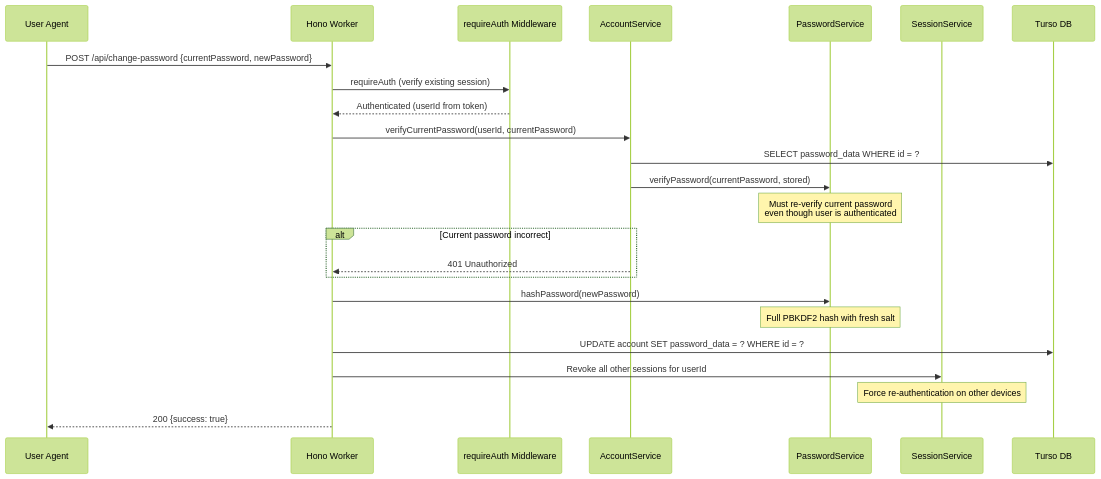
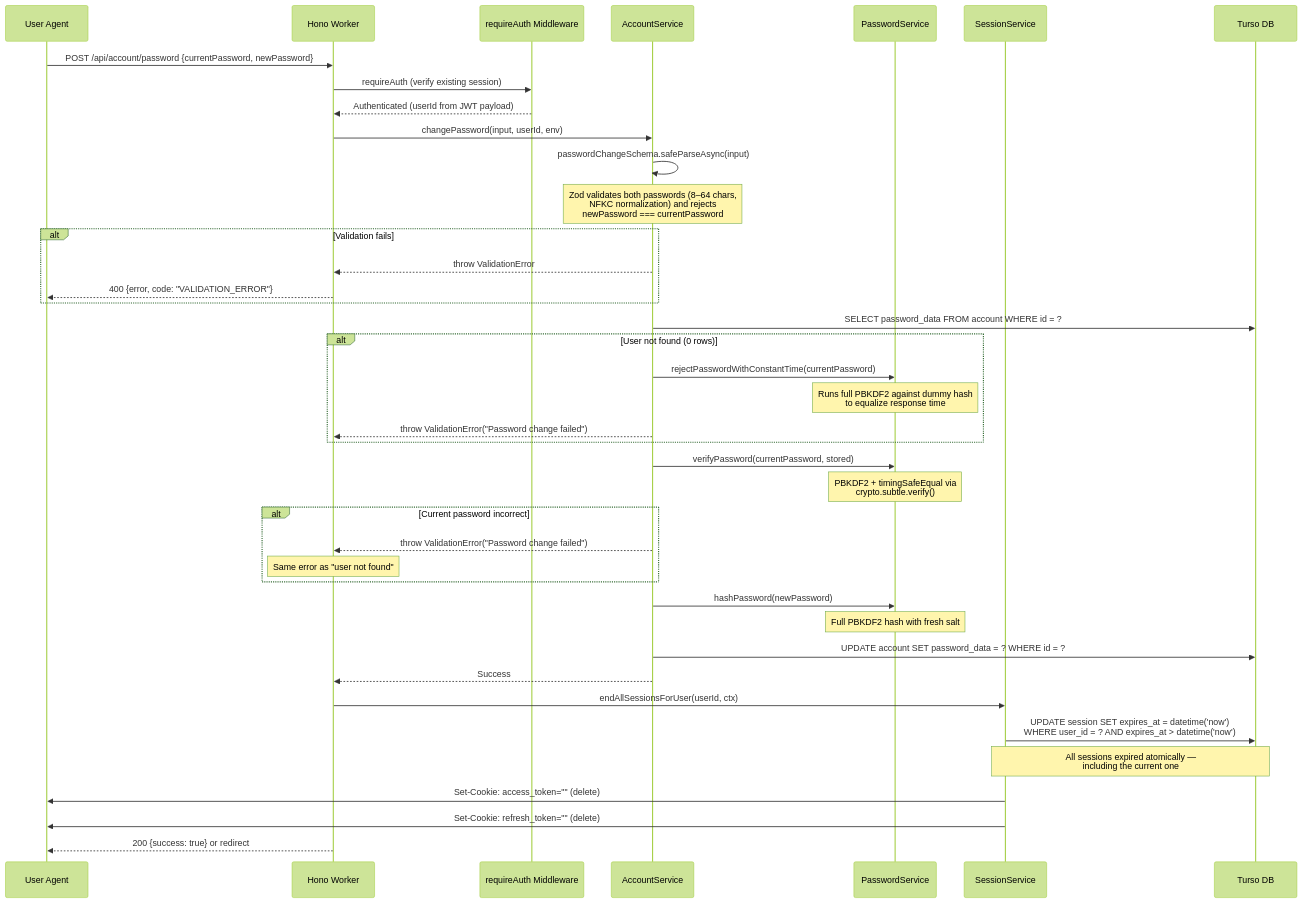
The sixth of 6 diagrams in docs/flows.md (vhscom/private-landing), drawn with Mermaid (forest theme) before and after one commit. The commit also changed other lines of this file and 2 other files, not shown here.

Commit message:
docs: reflect implemented password change

````diff
--- a/docs/flows.md
+++ b/docs/flows.md
@@ -247,33 +245,53 @@
 ```mermaid
 sequenceDiagram
   participant U as User Agent
   participant H as Hono Worker
   participant MW as requireAuth Middleware
   participant AS as AccountService
   participant PS as PasswordService
   participant SS as SessionService
   participant DB as Turso DB
 
-  U->>H: POST /api/change-password {currentPassword, newPassword}
+  U->>H: POST /api/account/password {currentPassword, newPassword}
   H->>MW: requireAuth (verify existing session)
-  MW-->>H: Authenticated (userId from token)
+  MW-->>H: Authenticated (userId from JWT payload)
 
-  H->>AS: verifyCurrentPassword(userId, currentPassword)
-  AS->>DB: SELECT password_data WHERE id = ?
+  H->>AS: changePassword(input, userId, env)
+
+  AS->>AS: passwordChangeSchema.safeParseAsync(input)
+  Note over AS: Zod validates both passwords (8–64 chars,<br/>NFKC normalization) and rejects<br/>newPassword === currentPassword
+
+  alt Validation fails
+    AS-->>H: throw ValidationError
+    H-->>U: 400 {error, code: "VALIDATION_ERROR"}
+  end
+
+  AS->>DB: SELECT password_data FROM account WHERE id = ?
+
+  alt User not found (0 rows)
+    AS->>PS: rejectPasswordWithConstantTime(currentPassword)
+    Note over PS: Runs full PBKDF2 against dummy hash<br/>to equalize response time
+    AS-->>H: throw ValidationError("Password change failed")
+  end
+
   AS->>PS: verifyPassword(currentPassword, stored)
-  Note over PS: Must re-verify current password<br/>even though user is authenticated
+  Note over PS: PBKDF2 + timingSafeEqual via<br/>crypto.subtle.verify()
 
   alt Current password incorrect
-    AS-->>H: 401 Unauthorized
+    AS-->>H: throw ValidationError("Password change failed")
+    Note over H: Same error as "user not found"
   end
 
-  H->>PS: hashPassword(newPassword)
+  AS->>PS: hashPassword(newPassword)
   Note over PS: Full PBKDF2 hash with fresh salt
+  AS->>DB: UPDATE account SET password_data = ? WHERE id = ?
+  AS-->>H: Success
 
-  H->>DB: UPDATE account SET password_data = ? WHERE id = ?
+  H->>SS: endAllSessionsForUser(userId, ctx)
+  SS->>DB: UPDATE session SET expires_at = datetime('now')<br/>WHERE user_id = ? AND expires_at > datetime('now')
+  Note over SS,DB: All sessions expired atomically —<br/>including the current one
+  SS->>U: Set-Cookie: access_token="" (delete)
+  SS->>U: Set-Cookie: refresh_token="" (delete)
 
-  H->>SS: Revoke all other sessions for userId
-  Note over SS: Force re-authentication on other devices
-
-  H-->>U: 200 {success: true}
+  H-->>U: 200 {success: true} or redirect
 ```
````
